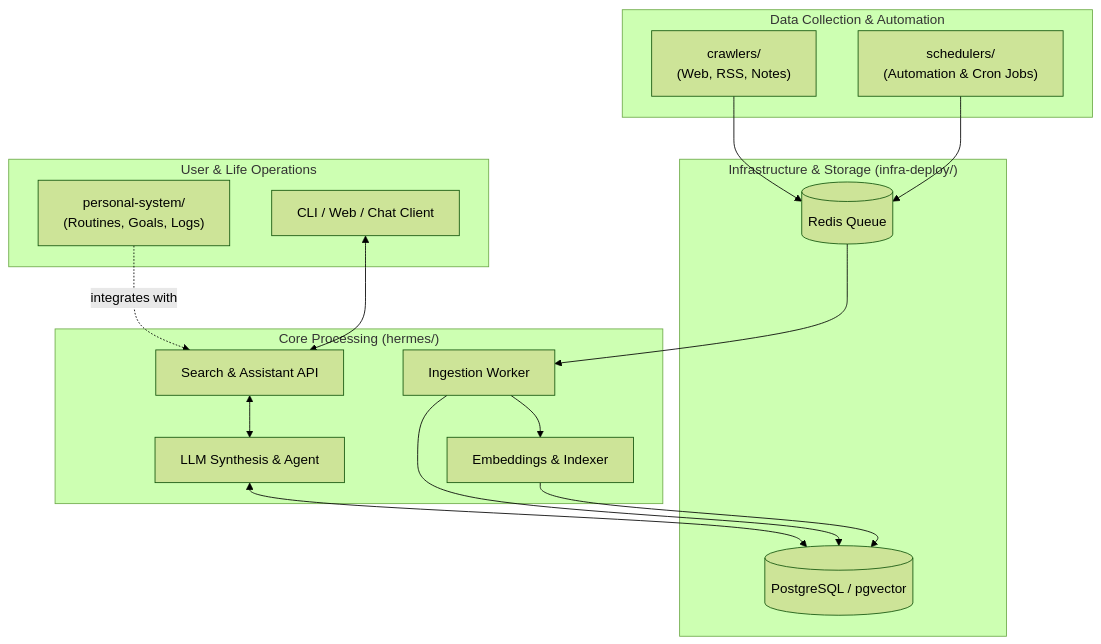
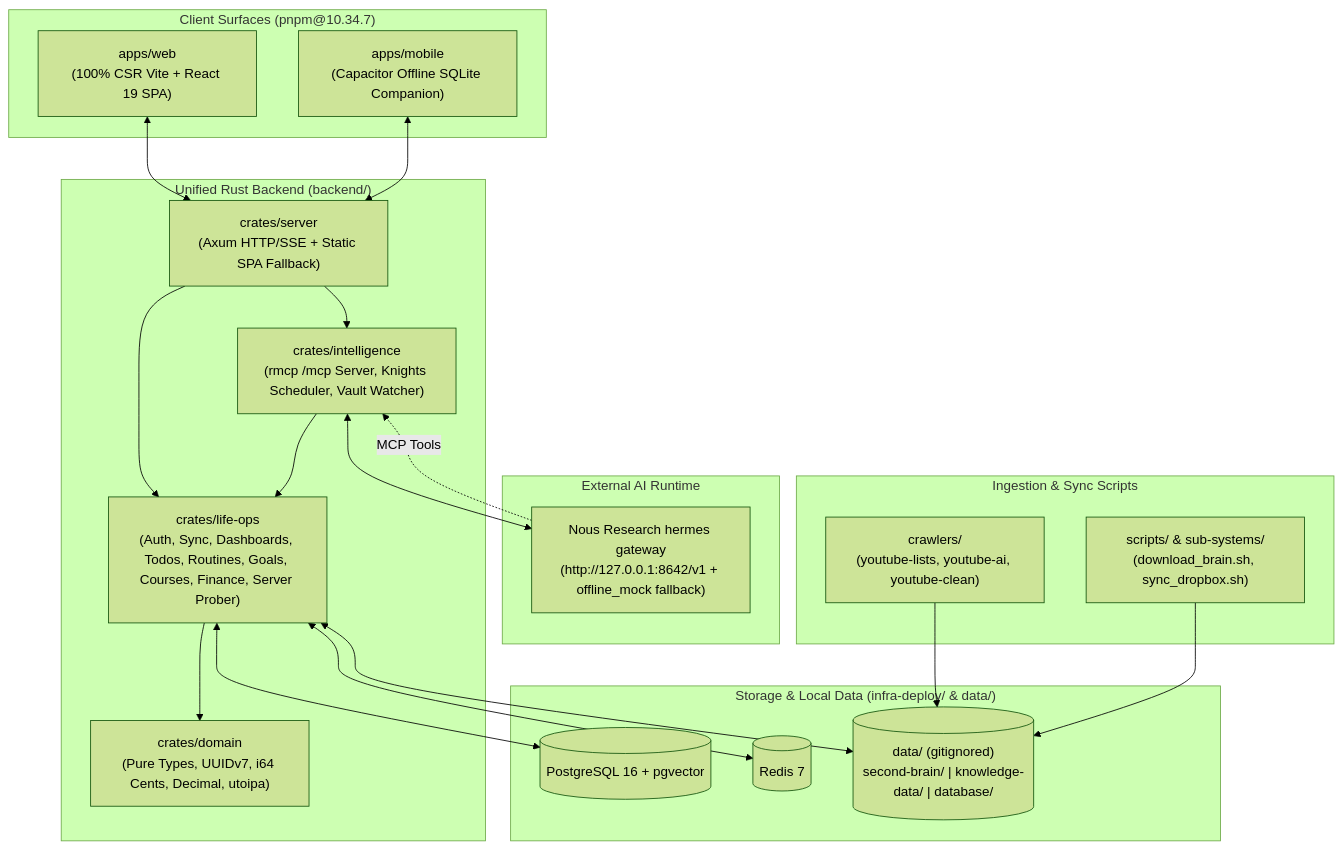
Before and after one commit to vitorecomp/personal-life-manager: the diagram in documentation/architecture.md, drawn with Mermaid (forest theme). The commit also changed other lines of this file and 119 other files, not shown here.

````diff
--- a/documentation/architecture.md
+++ b/documentation/architecture.md
@@ -5,36 +5,43 @@
 ```mermaid
 flowchart TD
-    subgraph DataCollection["Data Collection & Automation"]
-        C["crawlers/\n(Web, RSS, Notes)"]
-        S["schedulers/\n(Automation & Cron Jobs)"]
+    subgraph Clients["Client Surfaces (pnpm@10.34.7)"]
+        Web["apps/web\n(100% CSR Vite + React 19 SPA)"]
+        Mobile["apps/mobile\n(Capacitor Offline SQLite Companion)"]
     end
 
-    subgraph InfraLayer["Infrastructure & Storage (infra-deploy/)"]
-        DB[("PostgreSQL / pgvector")]
-        Redis[("Redis Queue")]
+    subgraph RustCore["Unified Rust Backend (backend/)"]
+        Server["crates/server\n(Axum HTTP/SSE + Static SPA Fallback)"]
+        LifeOps["crates/life-ops\n(Auth, Sync, Dashboards, Todos, Routines, Goals, Courses, Finance, Server Prober)"]
+        Intel["crates/intelligence\n(rmcp /mcp Server, Knights Scheduler, Vault Watcher)"]
+        Domain["crates/domain\n(Pure Types, UUIDv7, i64 Cents, Decimal, utoipa)"]
     end
 
-    subgraph CoreEngine["Core Processing (hermes/)"]
-        Ingest["Ingestion Worker"]
-        Index["Embeddings & Indexer"]
-        LLM["LLM Synthesis & Agent"]
-        API["Search & Assistant API"]
+    subgraph AILayer["External AI Runtime"]
+        Gateway["Nous Research hermes gateway\n(http://127.0.0.1:8642/v1 + offline_mock fallback)"]
     end
 
-    subgraph UserInterface["User & Life Operations"]
-        PS["personal-system/\n(Routines, Goals, Logs)"]
-        Client["CLI / Web / Chat Client"]
+    subgraph StorageLayer["Storage & Local Data (infra-deploy/ & data/)"]
+        DB[("PostgreSQL 16 + pgvector")]
+        Redis[("Redis 7")]
+        Vault[("data/ (gitignored)\nsecond-brain/ | knowledge-data/ | database/")]
     end
 
-    C --> Redis
-    S --> Redis
-    Redis --> Ingest
-    Ingest --> DB
-    Ingest --> Index
-    Index --> DB
+    subgraph Ingestion["Ingestion & Sync Scripts"]
+        Crawlers["crawlers/\n(youtube-lists, youtube-ai, youtube-clean)"]
+        Scripts["scripts/ & sub-systems/\n(download_brain.sh, sync_dropbox.sh)"]
+    end
 
-    Client <--> API
-    API <--> LLM
-    LLM <--> DB
-    PS -. integrates with .-> API
+    Web <--> Server
+    Mobile <--> Server
+    Server --> LifeOps
+    Server --> Intel
+    LifeOps --> Domain
+    Intel --> LifeOps
+    Intel <--> Gateway
+    Gateway -. MCP Tools .-> Intel
+    LifeOps <--> DB
+    LifeOps <--> Redis
+    LifeOps <--> Vault
+    Crawlers --> Vault
+    Scripts --> Vault
 ```
````
